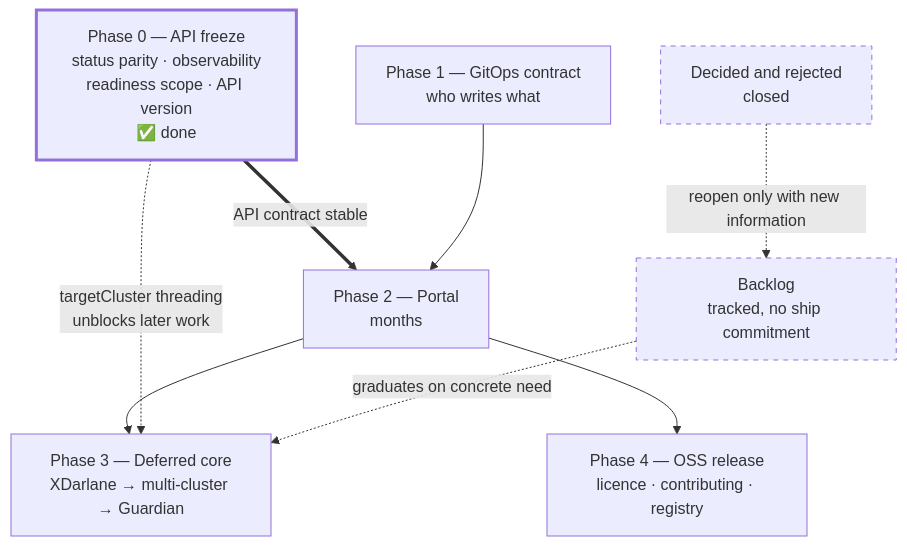
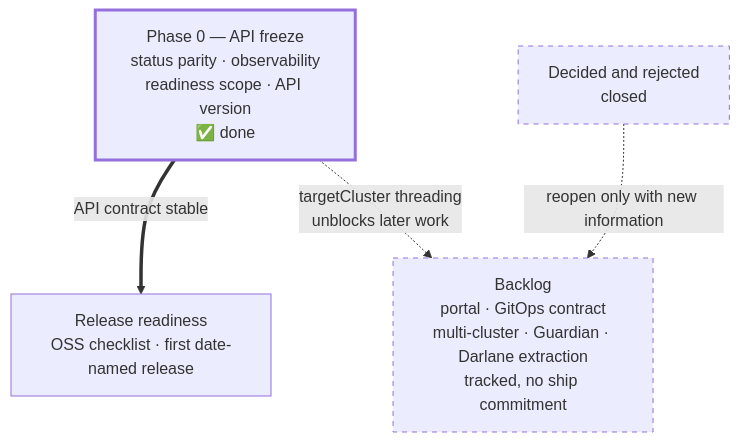
The diagram in ROADMAP.md (wxops/wxops-core), drawn with Mermaid before and after one commit. The commit also changed other lines of this file and 153 other files, not shown here.

Commit message:
feat: update release machanism with new format and go oss version

````diff
--- a/ROADMAP.md
+++ b/ROADMAP.md
@@ -87,23 +114,16 @@
 ```mermaid
 flowchart TD
     P0["Phase 0 — API freeze<br/>status parity · observability<br/>readiness scope · API version<br/>✅ done"]
-    P1["Phase 1 — GitOps contract<br/>who writes what"]
-    P2["Phase 2 — Portal<br/>months"]
-    P3["Phase 3 — Deferred core<br/>XDarlane → multi-cluster → Guardian"]
-    P4["Phase 4 — OSS release<br/>licence · contributing · registry"]
-    BL["Backlog<br/>tracked, no ship commitment"]
+    RR["Release readiness<br/>OSS checklist · first date-named release"]
+    BL["Backlog<br/>portal · GitOps contract<br/>multi-cluster · Guardian · Darlane extraction<br/>tracked, no ship commitment"]
     RJ["Decided and rejected<br/>closed"]
 
-    P0 ==>|"API contract stable"| P2
-    P1 --> P2
-    P2 --> P3
-    P2 --> P4
-    P0 -.->|"targetCluster threading<br/>unblocks later work"| P3
-    BL -.->|"graduates on concrete need"| P3
+    P0 ==>|"API contract stable"| RR
+    P0 -.->|"targetCluster threading<br/>unblocks later work"| BL
     RJ -.->|"reopen only with new information"| BL
 
     classDef done stroke-width:3px
     classDef unscheduled stroke-dasharray:5 5
     class P0 done
     class BL,RJ unscheduled
 ```
````
